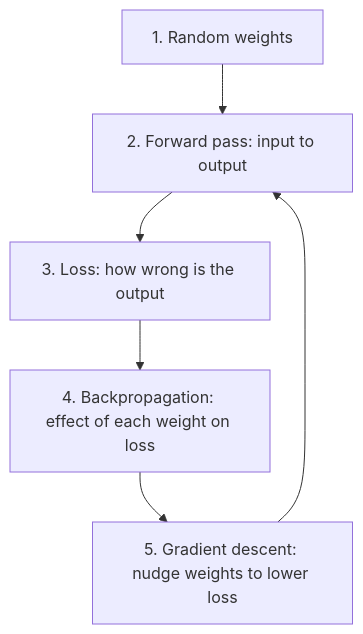
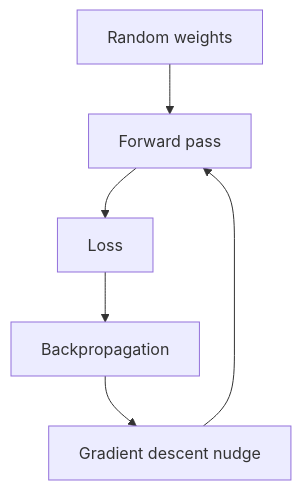
One commit to kaisarnajar/outcome-school-blogs changed the third of 3 diagrams in notes/step-02-deep-learning-and-neural-networks/024-multilayer-perceptron-mlp.md. Above: the diagram before and after it, drawn with Mermaid. The commit also changed other lines of this file and 233 other files, not shown here.

````diff
--- a/notes/step-02-deep-learning-and-neural-networks/024-multilayer-perceptron-mlp.md
+++ b/notes/step-02-deep-learning-and-neural-networks/024-multilayer-perceptron-mlp.md
@@ -45,8 +100,8 @@
 ```mermaid
 flowchart TD
-    A["1. Random weights"] --> B["2. Forward pass: input to output"]
-    B --> C["3. Loss: how wrong is the output"]
-    C --> D["4. Backpropagation: effect of each weight on loss"]
-    D --> E["5. Gradient descent: nudge weights to lower loss"]
-    E --> B
+    L1["Random weights"] --> L2["Forward pass"]
+    L2 --> L3["Loss"]
+    L3 --> L4["Backpropagation"]
+    L4 --> L5["Gradient descent nudge"]
+    L5 --> L2
 ```
````
